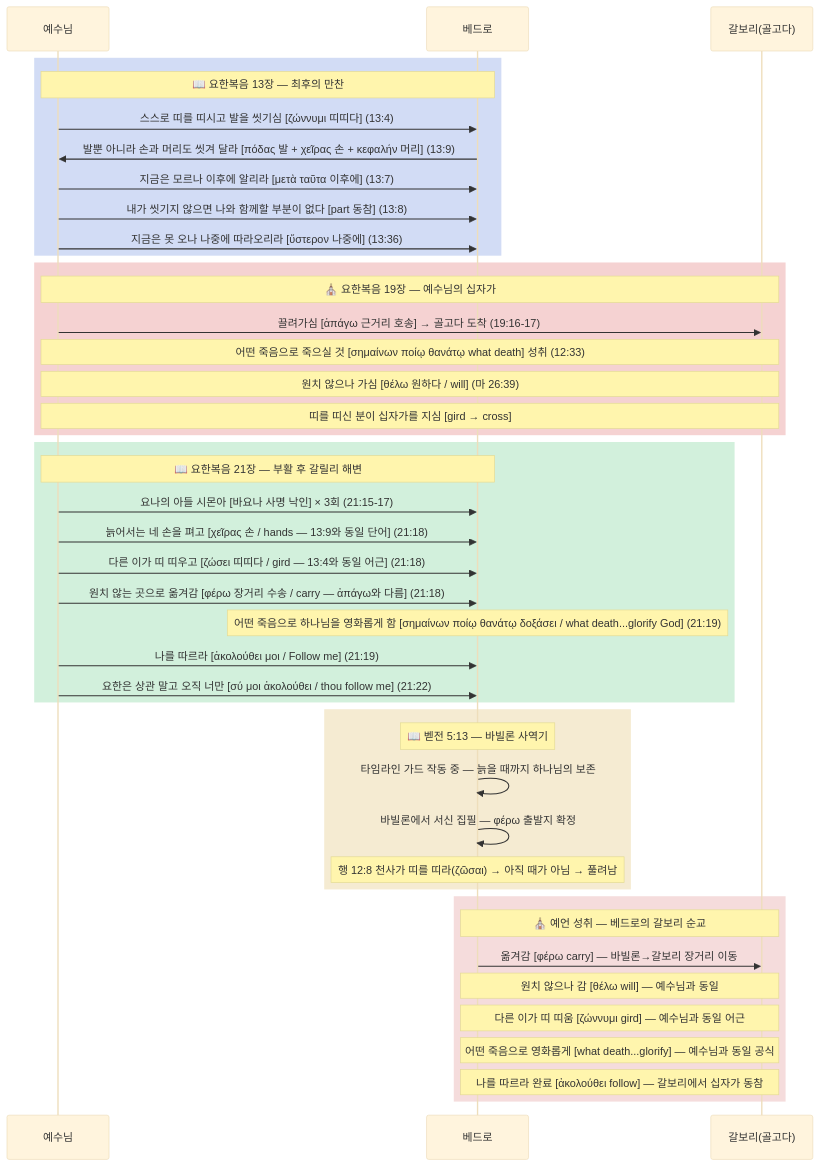
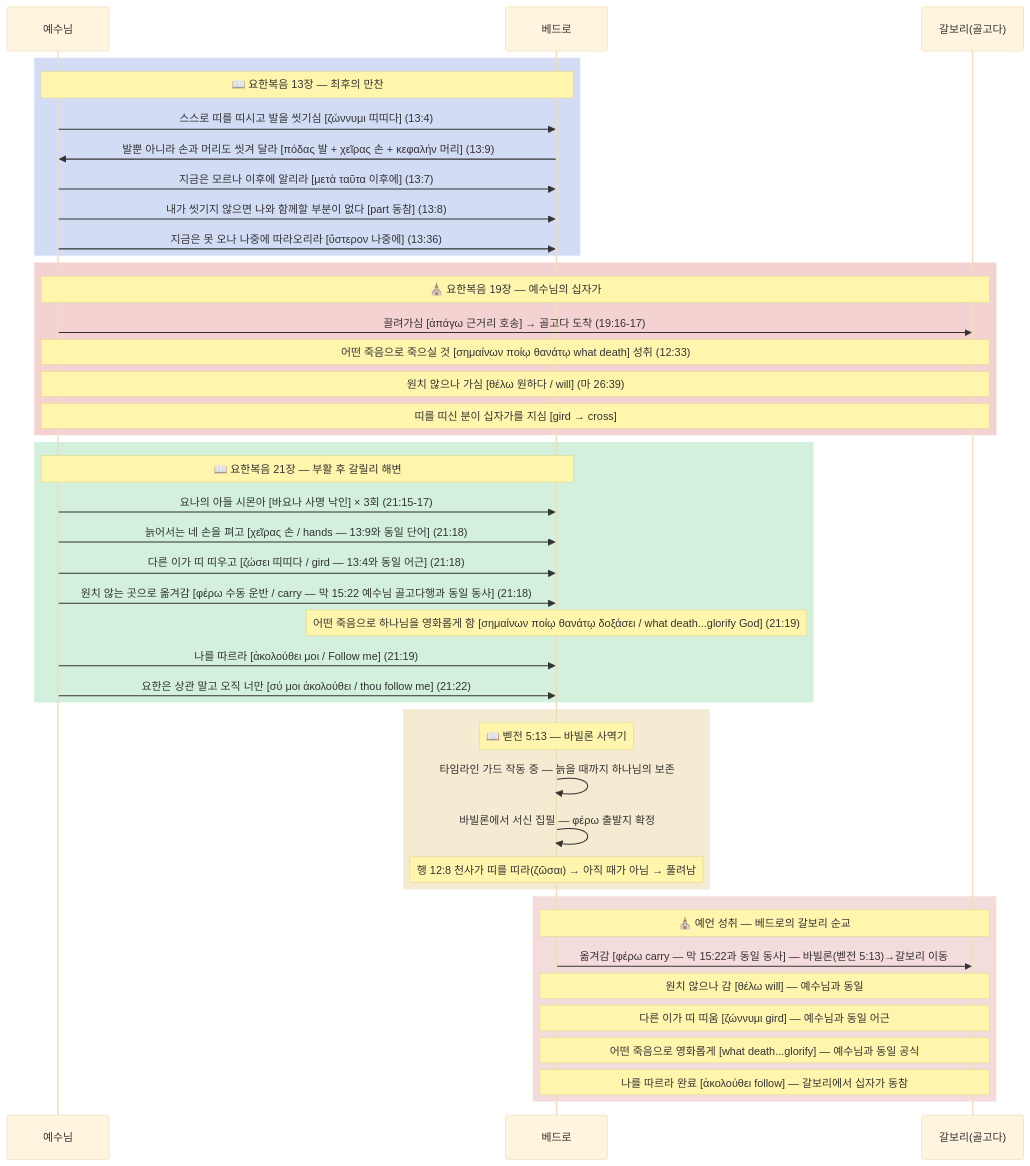
The diagram in the-scripture-audit/05_REPORT(전과보고서)/bible_believer/REPORT_베드로갈보리산A.md (jloveonly-prog/the-scripture-audit-ko), drawn with Mermaid (base theme) before and after one commit. The commit also changed other lines of this file and 2 other files, not shown here.

````diff
--- a/the-scripture-audit/05_REPORT(전과보고서)/bible_believer/REPORT_베드로갈보리산A.md
+++ b/the-scripture-audit/05_REPORT(전과보고서)/bible_believer/REPORT_베드로갈보리산A.md
@@ -594,50 +649,50 @@
 ```mermaid
 sequenceDiagram
     participant J as 예수님
     participant P as 베드로
     participant C as 갈보리(골고다)
 
     rect rgb(210, 220, 245)
     Note over J,P: 📖 요한복음 13장 — 최후의 만찬
     J->>P: 스스로 띠를 띠시고 발을 씻기심 [ζώννυμι 띠띠다] (13:4)
     P->>J: 발뿐 아니라 손과 머리도 씻겨 달라 [πόδας 발 + χεῖρας 손 + κεφαλήν 머리] (13:9)
     J->>P: 지금은 모르나 이후에 알리라 [μετὰ ταῦτα 이후에] (13:7)
     J->>P: 내가 씻기지 않으면 나와 함께할 부분이 없다 [part 동참] (13:8)
     J->>P: 지금은 못 오나 나중에 따라오리라 [ὕστερον 나중에] (13:36)
     end
 
     rect rgb(245, 210, 210)
     Note over J,C: ⛪ 요한복음 19장 — 예수님의 십자가
     J->>C: 끌려가심 [ἀπάγω 근거리 호송] → 골고다 도착 (19:16-17)
     Note over J,C: 어떤 죽음으로 죽으실 것 [σημαίνων ποίῳ θανάτῳ what death] 성취 (12:33)
     Note over J,C: 원치 않으나 가심 [θέλω 원하다 / will] (마 26:39)
     Note over J,C: 띠를 띠신 분이 십자가를 지심 [gird → cross]
     end
 
     rect rgb(210, 240, 220)
     Note over J,P: 📖 요한복음 21장 — 부활 후 갈릴리 해변
     J->>P: 요나의 아들 시몬아 [바요나 사명 낙인] × 3회 (21:15-17)
     J->>P: 늙어서는 네 손을 펴고 [χεῖρας 손 / hands — 13:9와 동일 단어] (21:18)
     J->>P: 다른 이가 띠 띠우고 [ζώσει 띠띠다 / gird — 13:4와 동일 어근] (21:18)
-    J->>P: 원치 않는 곳으로 옮겨감 [φέρω 장거리 수송 / carry — ἀπάγω와 다름] (21:18)
+    J->>P: 원치 않는 곳으로 옮겨감 [φέρω 수동 운반 / carry — 막 15:22 예수님 골고다행과 동일 동사] (21:18)
     Note over P: 어떤 죽음으로 하나님을 영화롭게 함 [σημαίνων ποίῳ θανάτῳ δοξάσει / what death...glorify God] (21:19)
     J->>P: 나를 따르라 [ἀκολούθει μοι / Follow me] (21:19)
     J->>P: 요한은 상관 말고 오직 너만 [σύ μοι ἀκολούθει / thou follow me] (21:22)
     end
 
     rect rgb(245, 235, 210)
     Note over P: 📖 벧전 5:13 — 바빌론 사역기
     P->>P: 타임라인 가드 작동 중 — 늙을 때까지 하나님의 보존
     P->>P: 바빌론에서 서신 집필 — φέρω 출발지 확정
     Note over P: 행 12:8 천사가 띠를 띠라(ζῶσαι) → 아직 때가 아님 → 풀려남
     end
 
     rect rgb(245, 220, 220)
     Note over P,C: ⛪ 예언 성취 — 베드로의 갈보리 순교
-    P->>C: 옮겨감 [φέρω carry] — 바빌론→갈보리 장거리 이동
+    P->>C: 옮겨감 [φέρω carry — 막 15:22과 동일 동사] — 바빌론(벧전 5:13)→갈보리 이동
     Note over P,C: 원치 않으나 감 [θέλω will] — 예수님과 동일
     Note over P,C: 다른 이가 띠 띠움 [ζώννυμι gird] — 예수님과 동일 어근
     Note over P,C: 어떤 죽음으로 영화롭게 [what death...glorify] — 예수님과 동일 공식
     Note over P,C: 나를 따르라 완료 [ἀκολούθει follow] — 갈보리에서 십자가 동참
     end
 ```
````
